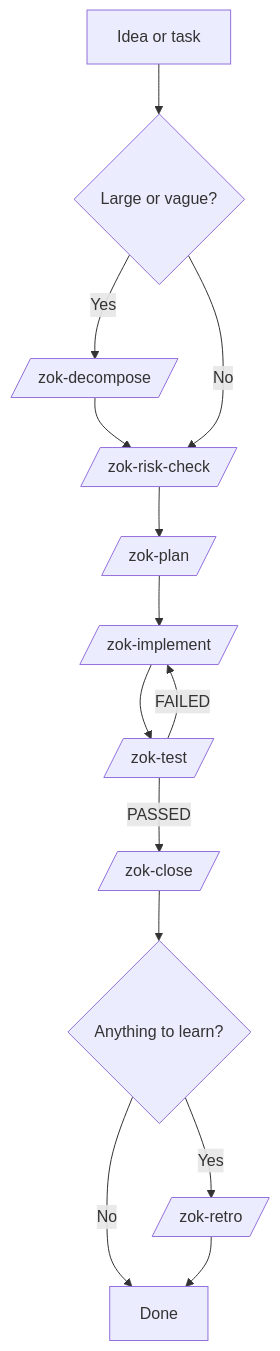
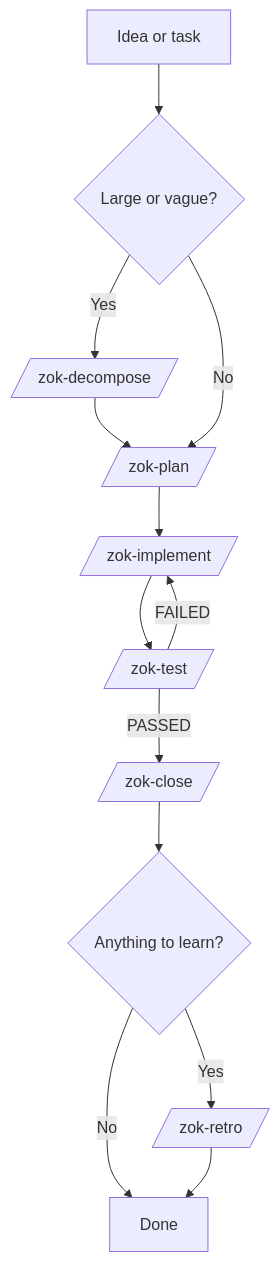
The first of 2 diagrams in agents/README.md (gentilfp/dotfiles), drawn with Mermaid before and after one commit. The commit also changed other lines of this file and 18 other files, not shown here.

First line of the commit message:
Add zok-t3-orchestrator, remove jev checks and zok-risk-check

````diff
--- a/agents/README.md
+++ b/agents/README.md
@@ -56,16 +56,15 @@
 ```mermaid
 flowchart TD
     A[Idea or task] --> B{Large or vague?}
     B -- Yes --> C[/zok-decompose/]
-    C --> D[/zok-risk-check/]
-    B -- No --> D
-    D --> E[/zok-plan/]
+    C --> E[/zok-plan/]
+    B -- No --> E
     E --> F[/zok-implement/]
     F --> G[/zok-test/]
     G -- FAILED --> F
     G -- PASSED --> H[/zok-close/]
     H --> I{Anything to learn?}
     I -- Yes --> J[/zok-retro/]
     I -- No --> K[Done]
     J --> K
 ```
````
